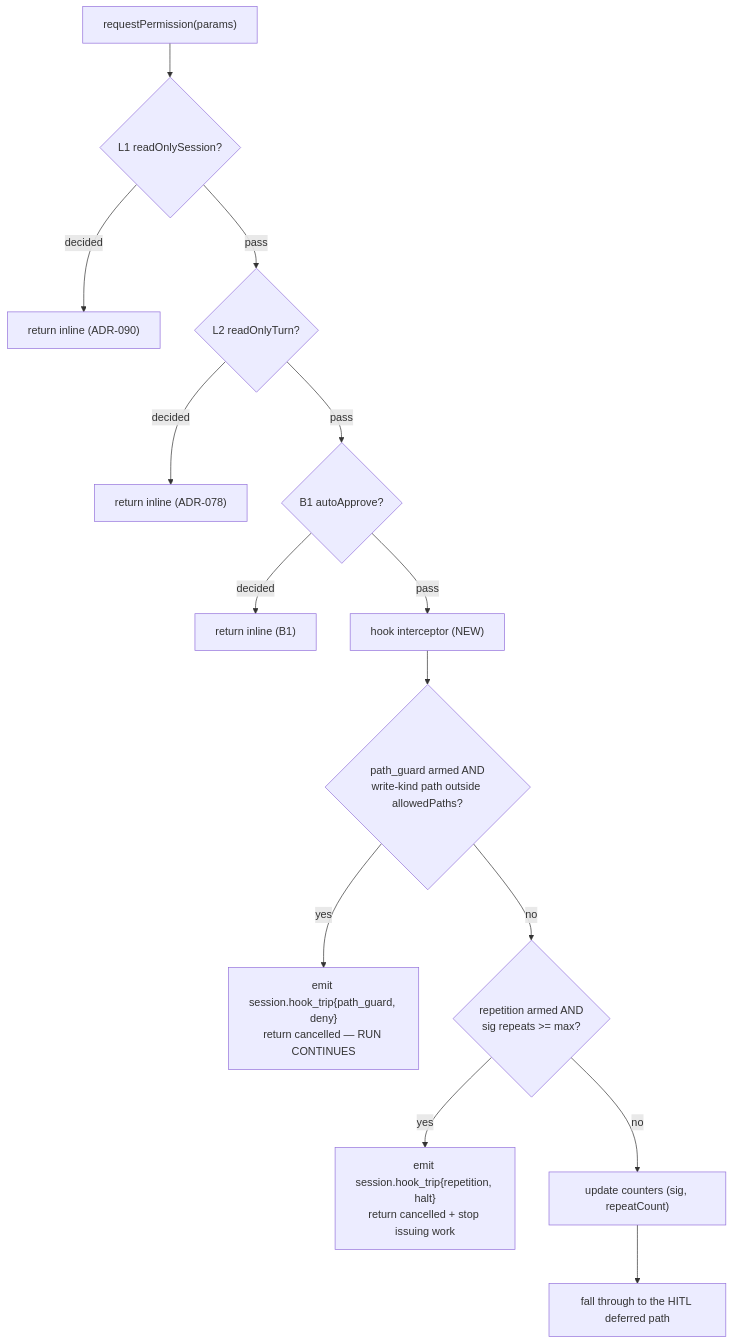
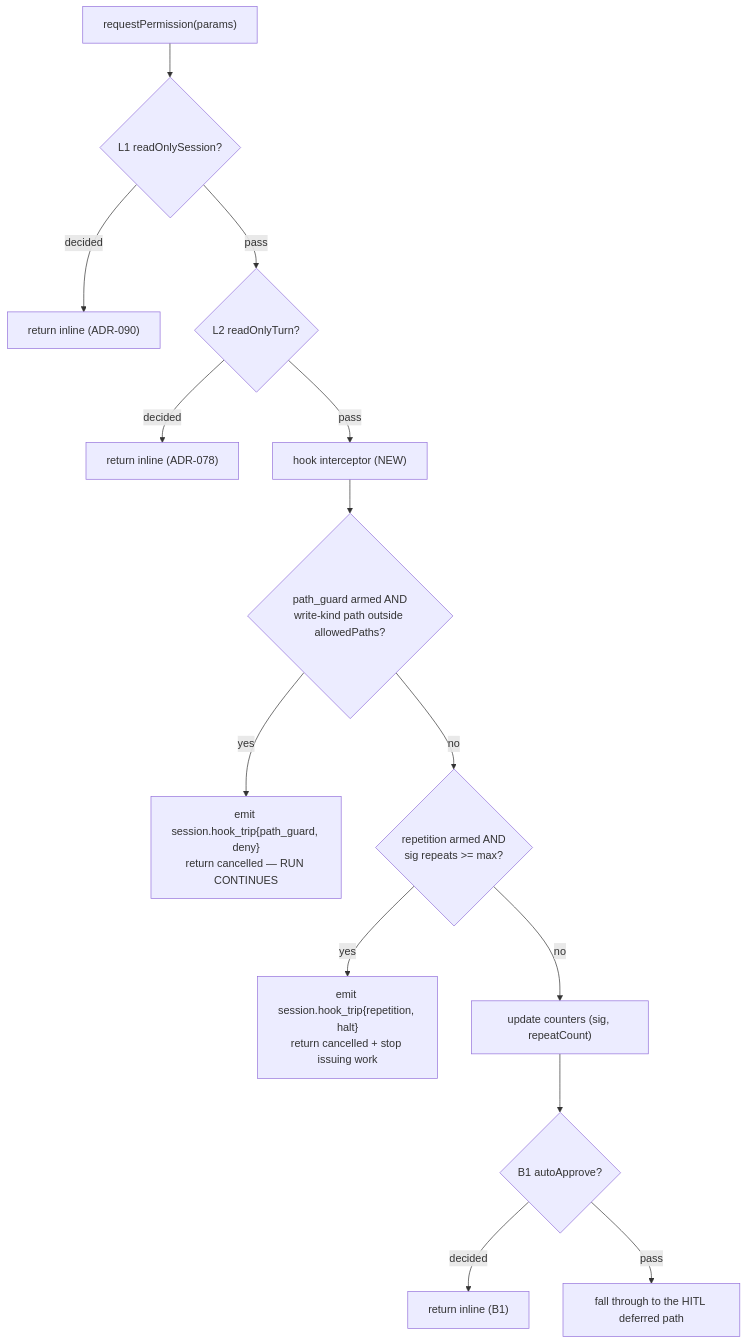
One commit to maister-dev/maister changed the third of 4 diagrams in docs/system-analytics/guardrail-hooks.md. Above: the diagram before and after it, drawn with Mermaid. The commit also changed other lines of this file and 12 other files, not shown here.

````diff
--- a/docs/system-analytics/guardrail-hooks.md
+++ b/docs/system-analytics/guardrail-hooks.md
@@ -165,16 +172,16 @@
 ```mermaid
 flowchart TD
   P["requestPermission(params)"] --> L1{"L1 readOnlySession?"}
   L1 -- "decided" --> R1["return inline (ADR-090)"]
   L1 -- "pass" --> L2{"L2 readOnlyTurn?"}
   L2 -- "decided" --> R2["return inline (ADR-078)"]
-  L2 -- "pass" --> B1{"B1 autoApprove?"}
-  B1 -- "decided" --> R3["return inline (B1)"]
-  B1 -- "pass" --> HK["hook interceptor (NEW)"]
+  L2 -- "pass" --> HK["hook interceptor (NEW)"]
   HK --> PG{"path_guard armed AND<br/>write-kind path outside allowedPaths?"}
   PG -- "yes" --> DENY["emit session.hook_trip{path_guard, deny}<br/>return cancelled — RUN CONTINUES"]
   PG -- "no" --> RP{"repetition armed AND<br/>sig repeats >= max?"}
   RP -- "yes" --> HALT["emit session.hook_trip{repetition, halt}<br/>return cancelled + stop issuing work"]
   RP -- "no" --> UPD["update counters (sig, repeatCount)"]
-  UPD --> HITL["fall through to the HITL deferred path"]
+  UPD --> B1{"B1 autoApprove?"}
+  B1 -- "decided" --> R3["return inline (B1)"]
+  B1 -- "pass" --> HITL["fall through to the HITL deferred path"]
 ```
````
